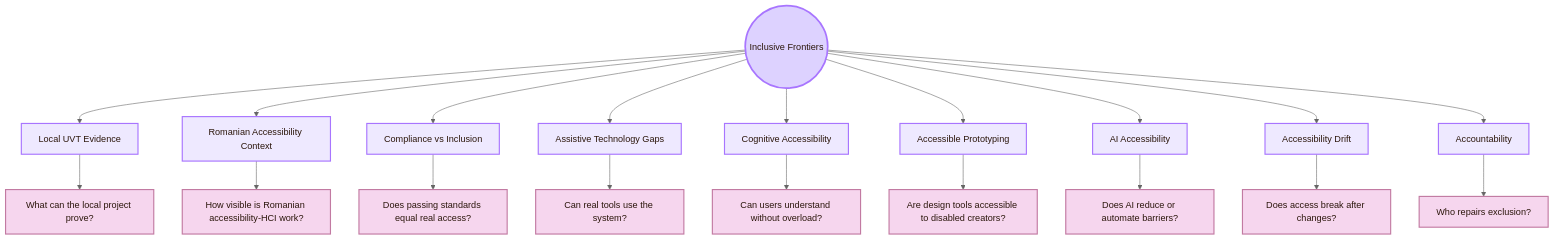
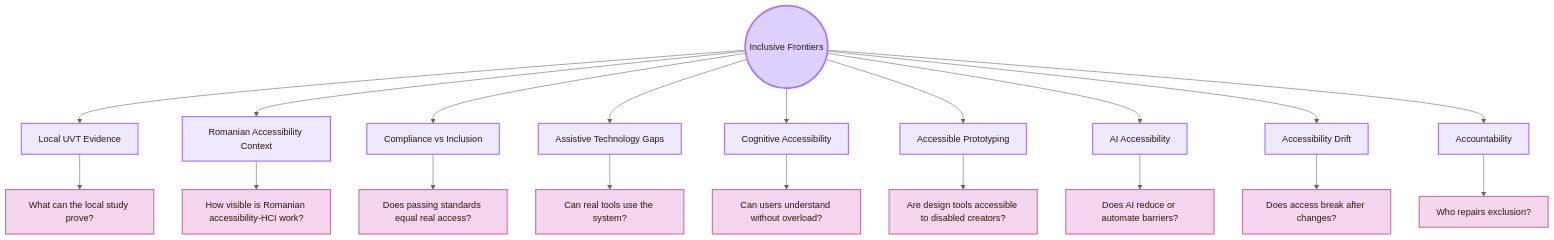
Before and after one commit to andreitegzes06-ui/CogniShire: the first of 17 diagrams in 01_Core_Area_HCI/001_Subareas/04_Accessibility_and_Accountability/Open Problems.md, drawn with Mermaid (neutral theme). The commit also changed other lines of this file and 132 other files, not shown here.

````diff
--- a/01_Core_Area_HCI/001_Subareas/04_Accessibility_and_Accountability/Open Problems.md
+++ b/01_Core_Area_HCI/001_Subareas/04_Accessibility_and_Accountability/Open Problems.md
@@ -50,32 +16,32 @@
 ```mermaid
 flowchart TB
     A((Inclusive Frontiers))
 
     A --> B[Local UVT Evidence]
     A --> C[Romanian Accessibility Context]
     A --> D[Compliance vs Inclusion]
     A --> E[Assistive Technology Gaps]
     A --> F[Cognitive Accessibility]
     A --> G[Accessible Prototyping]
     A --> H[AI Accessibility]
     A --> I[Accessibility Drift]
     A --> J[Accountability]
 
-    B --> B1[What can the local project prove?]
+    B --> B1[What can the local study prove?]
     C --> C1[How visible is Romanian accessibility-HCI work?]
     D --> D1[Does passing standards equal real access?]
     E --> E1[Can real tools use the system?]
     F --> F1[Can users understand without overload?]
     G --> G1[Are design tools accessible to disabled creators?]
     H --> H1[Does AI reduce or automate barriers?]
     I --> I1[Does access break after changes?]
     J --> J1[Who repairs exclusion?]
 
     classDef center fill:#ddd2ff,stroke:#a875ff,color:#2b160b,stroke-width:3px;
     classDef frontier fill:#eee9ff,stroke:#a875ff,color:#2b160b,stroke-width:2px;
     classDef question fill:#f6d6ee,stroke:#c27aa2,color:#2b160b,stroke-width:2px;
 
     class A center;
     class B,C,D,E,F,G,H,I,J frontier;
     class B1,C1,D1,E1,F1,G1,H1,I1,J1 question;
 ```
````
